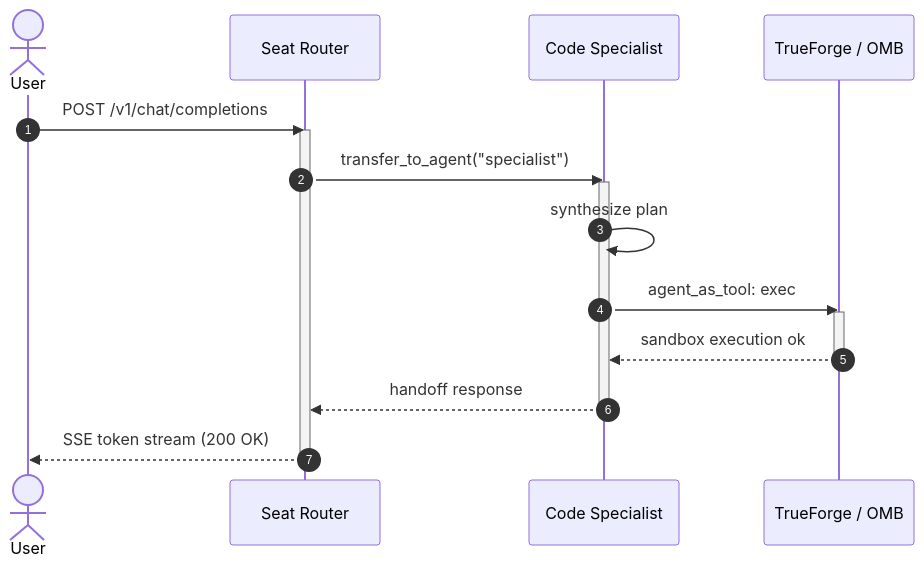
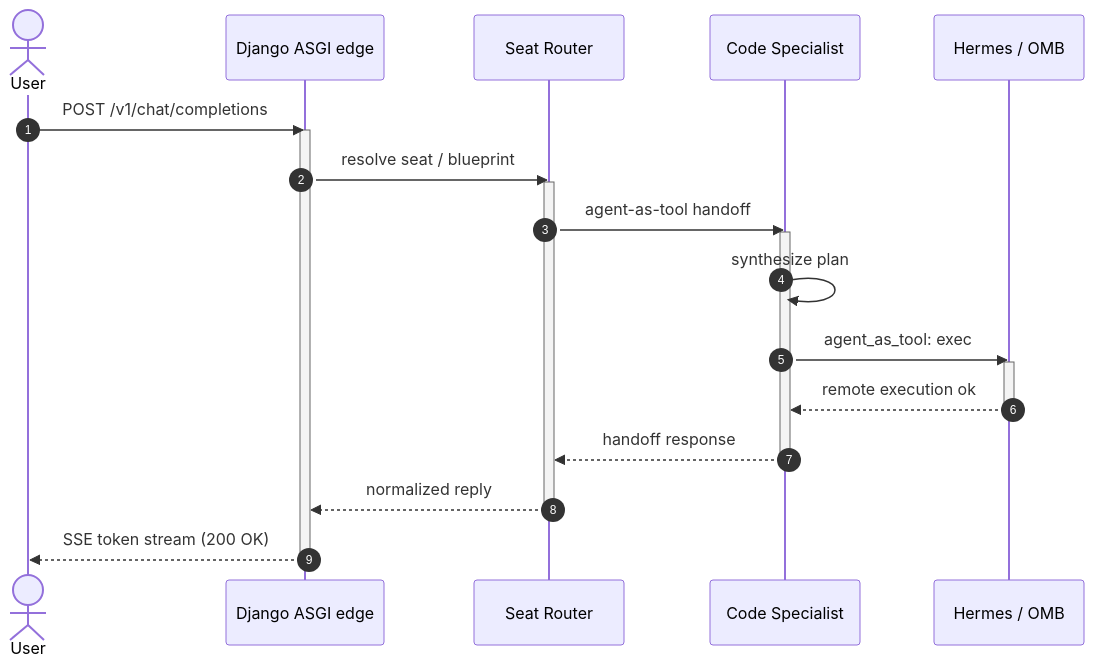
One commit to matthewhand/operating-swarm changed the fourth of 8 diagrams in docs/diagrams/README.md. Above: the diagram before and after it, drawn with Mermaid. The commit also changed other lines of this file and 1784 other files, not shown here.

````diff
--- a/docs/diagrams/README.md
+++ b/docs/diagrams/README.md
@@ -122,22 +293,27 @@
 ```mermaid
 sequenceDiagram
     autonumber
     actor User
+    participant Edge as Django ASGI edge
     participant Router as Seat Router
     participant Specialist as Code Specialist
-    participant Remote as TrueForge / OMB
+    participant Remote as Hermes / OMB
 
-    User->>Router: POST /v1/chat/completions
+    User->>Edge: POST /v1/chat/completions
+    activate Edge
+    Edge->>Router: resolve seat / blueprint
     activate Router
-    Router->>Specialist: transfer_to_agent("specialist")
+    Router->>Specialist: agent-as-tool handoff
     activate Specialist
     Specialist->>Specialist: synthesize plan
     Specialist->>Remote: agent_as_tool: exec
     activate Remote
-    Remote-->>Specialist: sandbox execution ok
+    Remote-->>Specialist: remote execution ok
     deactivate Remote
     Specialist-->>Router: handoff response
     deactivate Specialist
-    Router-->>User: SSE token stream (200 OK)
+    Router-->>Edge: normalized reply
     deactivate Router
+    Edge-->>User: SSE token stream (200 OK)
+    deactivate Edge
 ```
````
